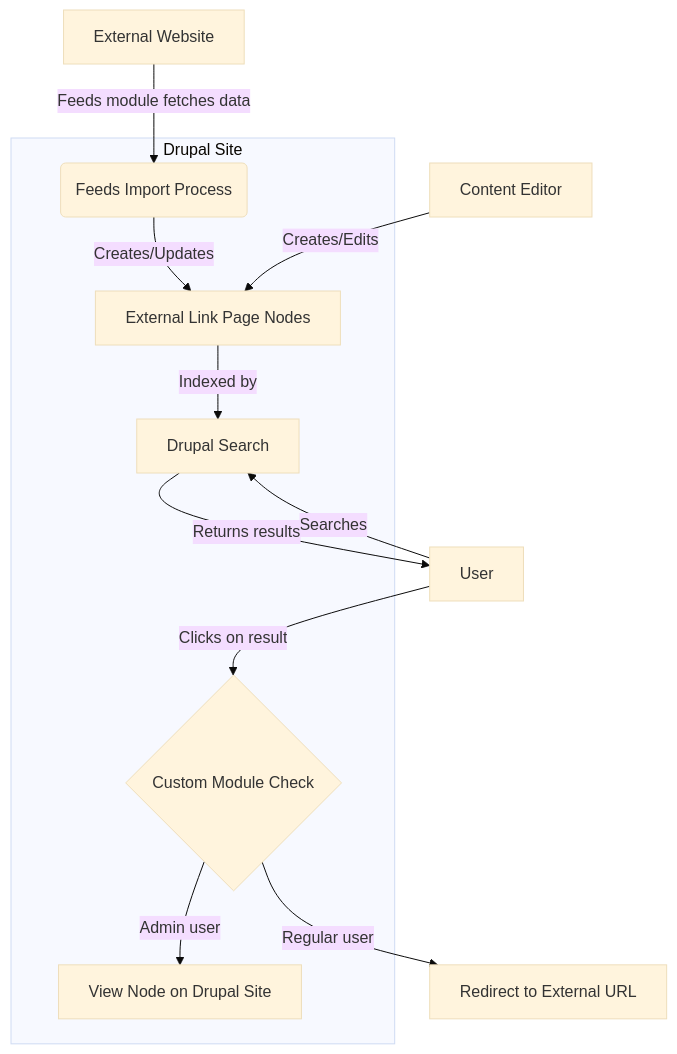
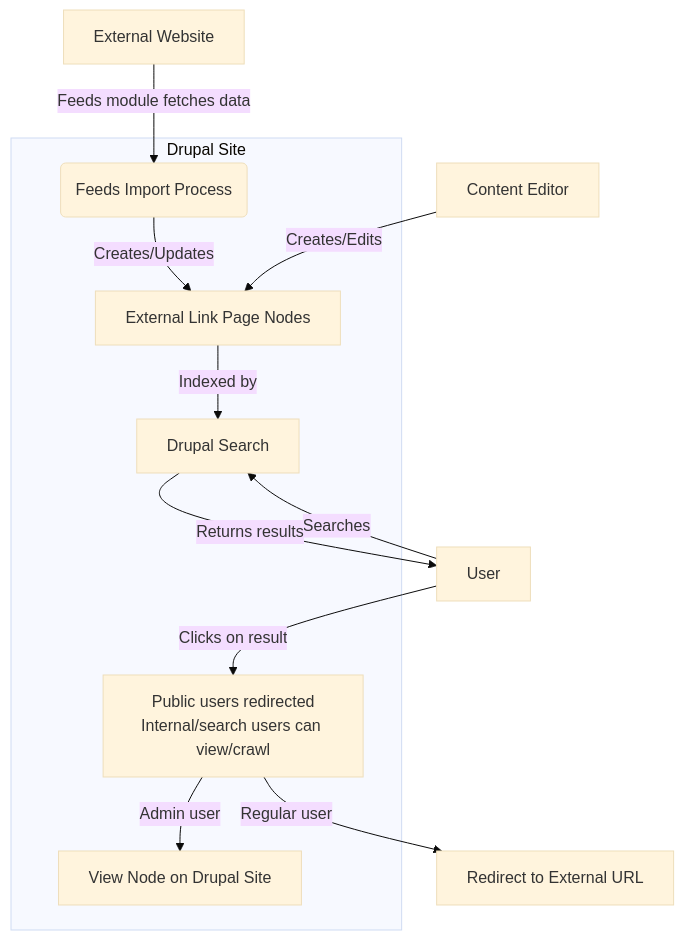
The diagram in Documents/DrupalImprovements.md (adonm/technology-outreach), drawn with Mermaid (base theme) before and after one commit.

````diff
--- a/Documents/DrupalImprovements.md
+++ b/Documents/DrupalImprovements.md
@@ -12,22 +12,22 @@
 ```mermaid
 graph TD
     A[External Website] -->|Feeds module fetches data| B(Feeds Import Process)
     B -->|Creates/Updates| C[External Link Page Nodes]
     C -->|Indexed by| D[Drupal Search]
     
     E[User] -->|Searches| D
     D -->|Returns results| E
-    E -->|Clicks on result| F{Custom Module Check}
+    E -->|Clicks on result| F[Public users redirected<br>Internal/search users can view/crawl]
     F -->|Admin user| G[View Node on Drupal Site]
     F -->|Regular user| H[Redirect to External URL]
     
     I[Content Editor] -->|Creates/Edits| C
     
     subgraph Drupal Site
     B
     C
     D
     F
     G
     end
 ```
````
